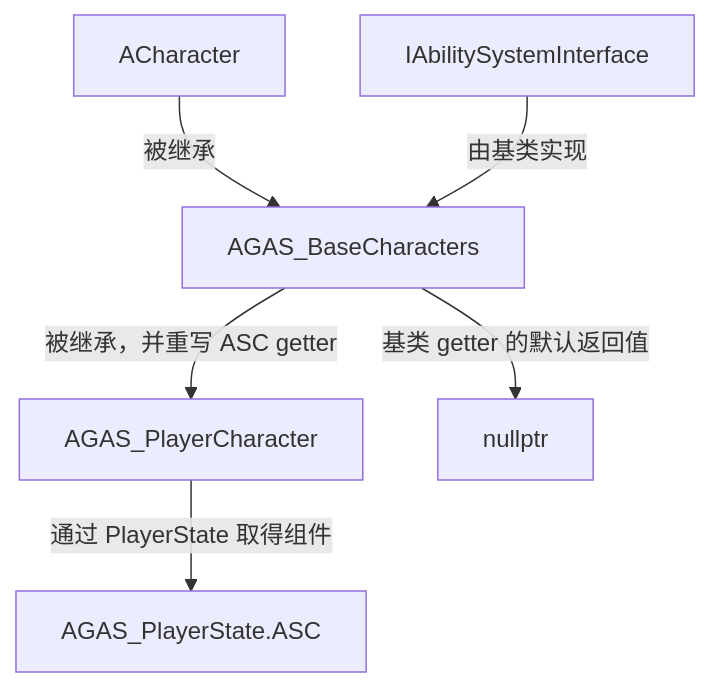
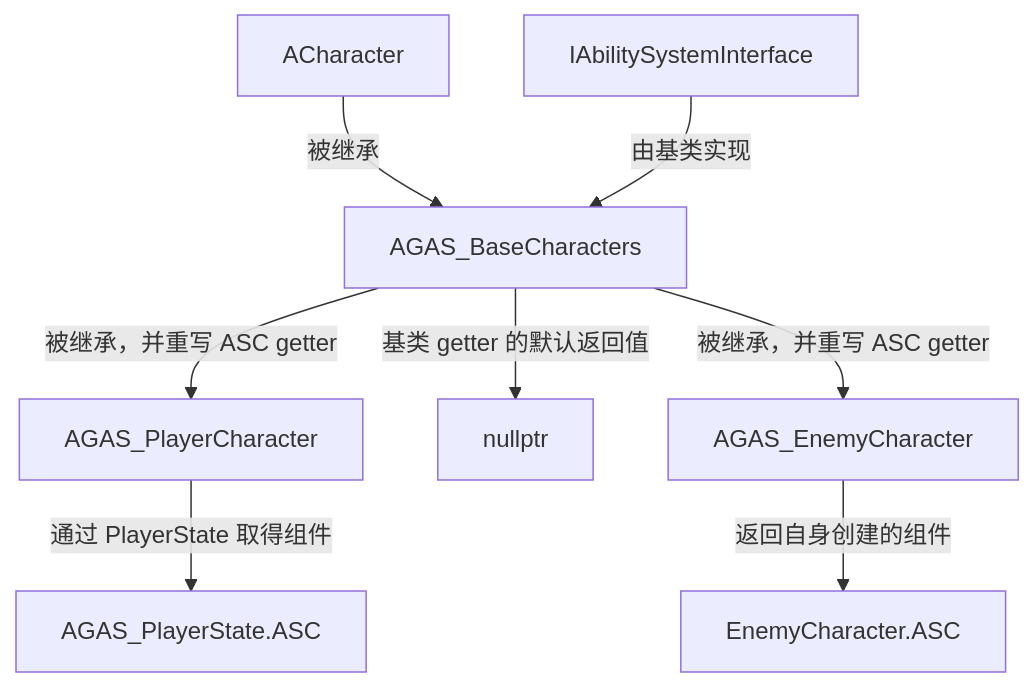
Before and after one commit to xue1ong/GAS_StudyNotes: the first of 2 diagrams in Characters/CharacterBase.md, drawn with Mermaid. The commit also changed other lines of this file and 10 other files, not shown here.

````diff
--- a/Characters/CharacterBase.md
+++ b/Characters/CharacterBase.md
@@ -40,8 +40,10 @@
 ```mermaid
 flowchart TD
     character["ACharacter"] -->|"被继承"| base["AGAS_BaseCharacters"]
     interface["IAbilitySystemInterface"] -->|"由基类实现"| base
     base -->|"被继承，并重写 ASC getter"| player["AGAS_PlayerCharacter"]
     base -->|"基类 getter 的默认返回值"| empty["nullptr"]
     player -->|"通过 PlayerState 取得组件"| asc["AGAS_PlayerState.ASC"]
+    base -->|"被继承，并重写 ASC getter"| enemy["AGAS_EnemyCharacter"]
+    enemy -->|"返回自身创建的组件"| enemyAsc["EnemyCharacter.ASC"]
 ```
````
